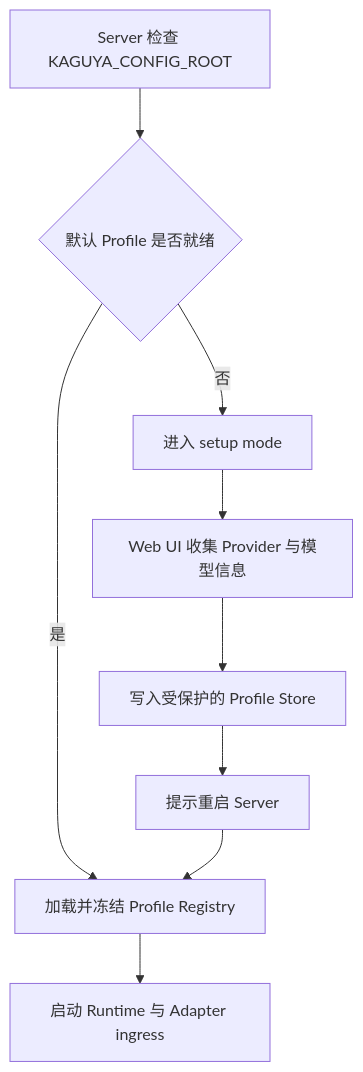
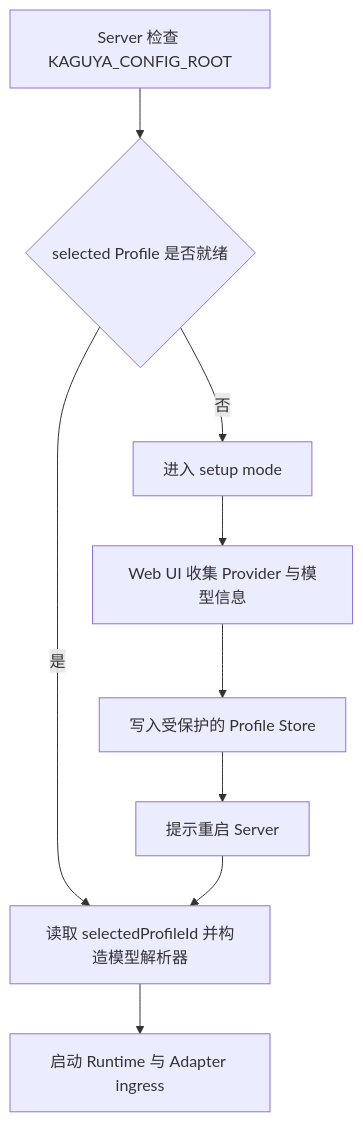
One commit to posanbu/Kaguya changed the diagram in docs/guide/configuration.md. Above: the diagram before and after it, drawn with Mermaid. The commit also changed other lines of this file and 110 other files, not shown here.

````diff
--- a/docs/guide/configuration.md
+++ b/docs/guide/configuration.md
@@ -12,11 +12,11 @@
 ```mermaid
 flowchart TD
-  A[Server 检查 KAGUYA_CONFIG_ROOT] --> B{默认 Profile 是否就绪}
-  B -- 是 --> C[加载并冻结 Profile Registry]
+  A[Server 检查 KAGUYA_CONFIG_ROOT] --> B{selected Profile 是否就绪}
+  B -- 是 --> C[读取 selectedProfileId 并构造模型解析器]
   C --> D[启动 Runtime 与 Adapter ingress]
   B -- 否 --> E[进入 setup mode]
   E --> F[Web UI 收集 Provider 与模型信息]
   F --> G[写入受保护的 Profile Store]
   G --> H[提示重启 Server]
   H --> C
 ```
````
